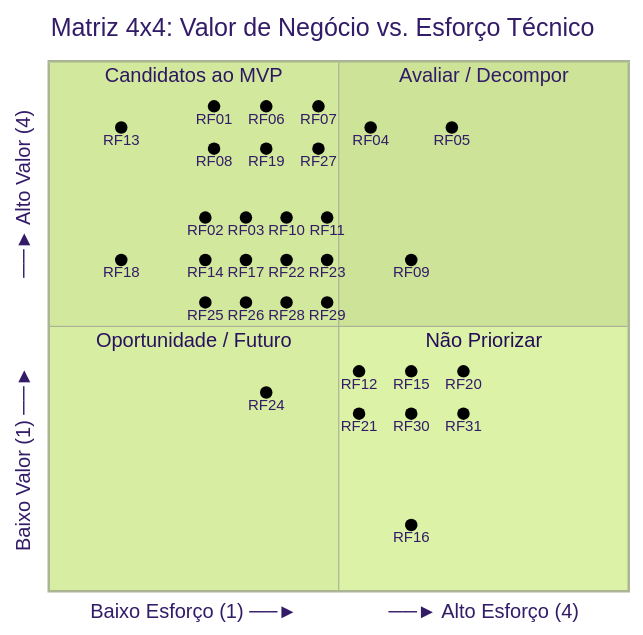
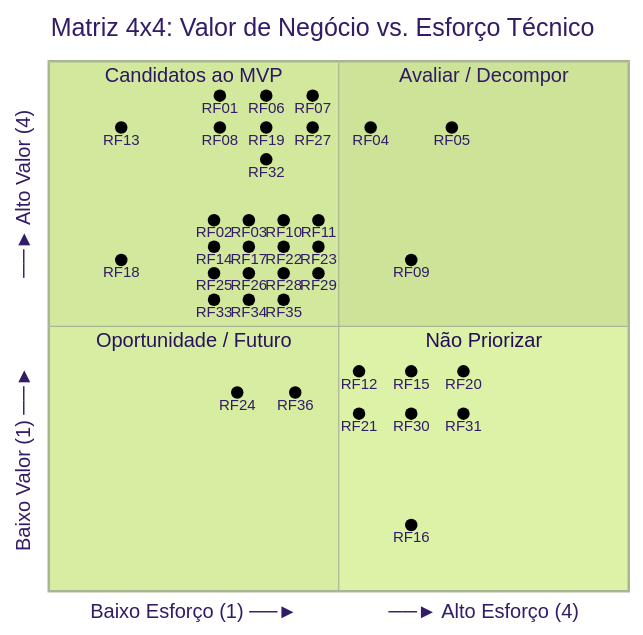
The second of 2 diagrams in docs/requisitos/priorizacao.md (mdsreq-fga-unb/REQ-2026.2-T01-DUOC-Finance), drawn with Mermaid (forest theme) before and after one commit. The commit also changed other lines of this file and 4 other files, not shown here.

````diff
--- a/docs/requisitos/priorizacao.md
+++ b/docs/requisitos/priorizacao.md
@@ -272,50 +277,55 @@
 ```mermaid
 quadrantChart
     title Matriz 4x4: Valor de Negócio vs. Esforço Técnico
     x-axis "Baixo Esforço (1) ──►" --> "──► Alto Esforço (4)"
     y-axis "Baixo Valor (1) ──►" --> "──► Alto Valor (4)"
     quadrant-1 "Avaliar / Decompor"
     quadrant-2 "Candidatos ao MVP"
     quadrant-3 "Oportunidade / Futuro"
     quadrant-4 "Não Priorizar"
 
     "RF13": [0.125, 0.875]
 
-    "RF01": [0.285, 0.915]
-    "RF06": [0.375, 0.915]
-    "RF07": [0.465, 0.915]
-    "RF08": [0.285, 0.835]
-    "RF19": [0.375, 0.835]
-    "RF27": [0.465, 0.835]
+    "RF01": [0.295, 0.935]
+    "RF06": [0.375, 0.935]
+    "RF07": [0.455, 0.935]
+    "RF08": [0.295, 0.875]
+    "RF19": [0.375, 0.875]
+    "RF27": [0.455, 0.875]
+    "RF32": [0.375, 0.815]
 
     "RF04": [0.555, 0.875]
     "RF05": [0.695, 0.875]
 
     "RF18": [0.125, 0.625]
 
-    "RF02": [0.270, 0.705]
-    "RF03": [0.340, 0.705]
-    "RF10": [0.410, 0.705]
-    "RF11": [0.480, 0.705]
-    "RF14": [0.270, 0.625]
-    "RF17": [0.340, 0.625]
-    "RF22": [0.410, 0.625]
-    "RF23": [0.480, 0.625]
-    "RF25": [0.270, 0.545]
-    "RF26": [0.340, 0.545]
-    "RF28": [0.410, 0.545]
-    "RF29": [0.480, 0.545]
+    "RF02": [0.285, 0.700]
+    "RF03": [0.345, 0.700]
+    "RF10": [0.405, 0.700]
+    "RF11": [0.465, 0.700]
+    "RF14": [0.285, 0.650]
+    "RF17": [0.345, 0.650]
+    "RF22": [0.405, 0.650]
+    "RF23": [0.465, 0.650]
+    "RF25": [0.285, 0.600]
+    "RF26": [0.345, 0.600]
+    "RF28": [0.405, 0.600]
+    "RF29": [0.465, 0.600]
+    "RF33": [0.285, 0.550]
+    "RF34": [0.345, 0.550]
+    "RF35": [0.405, 0.550]
 
     "RF09": [0.625, 0.625]
 
-    "RF24": [0.375, 0.375]
+    "RF24": [0.325, 0.375]
+    "RF36": [0.425, 0.375]
 
     "RF12": [0.535, 0.415]
     "RF15": [0.625, 0.415]
     "RF20": [0.715, 0.415]
     "RF21": [0.535, 0.335]
     "RF30": [0.625, 0.335]
     "RF31": [0.715, 0.335]
 
     "RF16": [0.625, 0.125]
 ```
````
